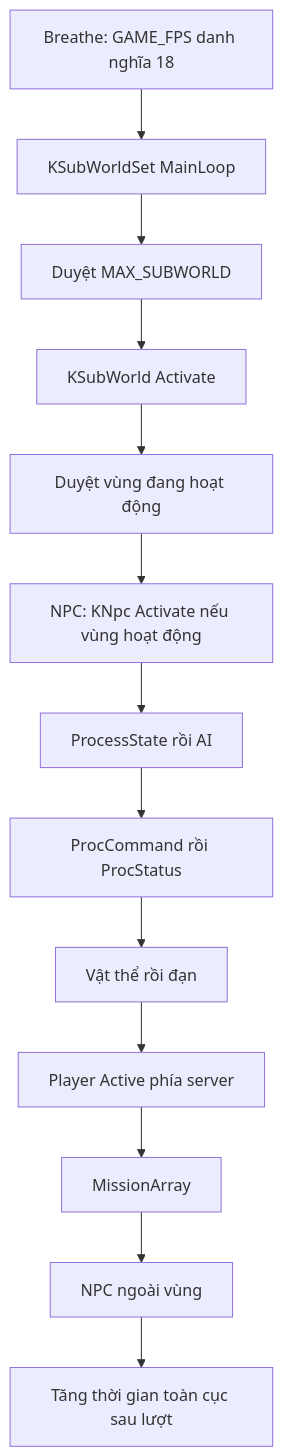
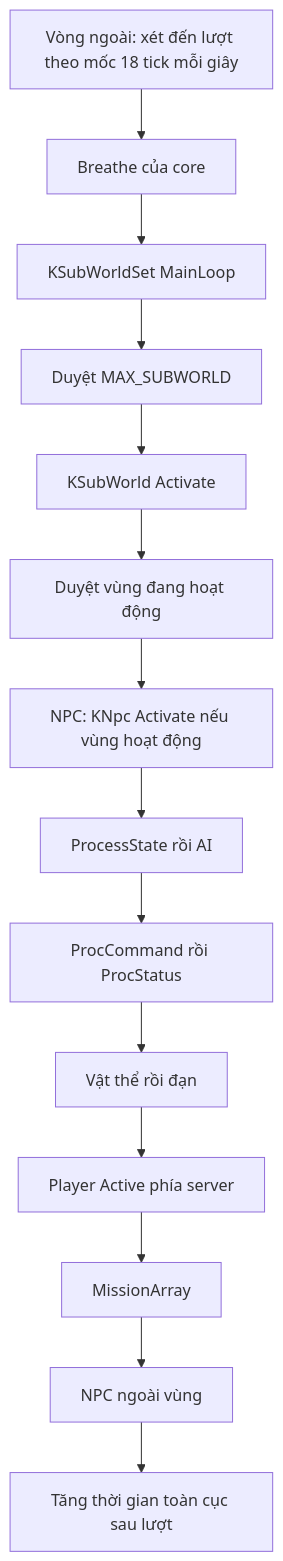
The diagram in JX1_OPS/REPORTS/SO-18.md (ndtangoss-dev/jx1-reports), drawn with Mermaid before and after one commit. The commit also changed other lines of this file and 2 other files, not shown here.

````diff
--- a/JX1_OPS/REPORTS/SO-18.md
+++ b/JX1_OPS/REPORTS/SO-18.md
@@ -23,15 +23,16 @@
 ```mermaid
 flowchart TD
-  B[Breathe: GAME_FPS danh nghĩa 18] --> M[KSubWorldSet MainLoop]
+  G[Vòng ngoài: xét đến lượt theo mốc 18 tick mỗi giây] --> B[Breathe của core]
+  B --> M[KSubWorldSet MainLoop]
   M --> W[Duyệt MAX_SUBWORLD]
   W --> S[KSubWorld Activate]
   S --> R[Duyệt vùng đang hoạt động]
   R --> N[NPC: KNpc Activate nếu vùng hoạt động]
   N --> AI[ProcessState rồi AI]
   AI --> C[ProcCommand rồi ProcStatus]
   C --> O[Vật thể rồi đạn]
   O --> P[Player Active phía server]
   P --> Q[MissionArray]
   Q --> X[NPC ngoài vùng]
   X --> T[Tăng thời gian toàn cục sau lượt]
 ```
````
